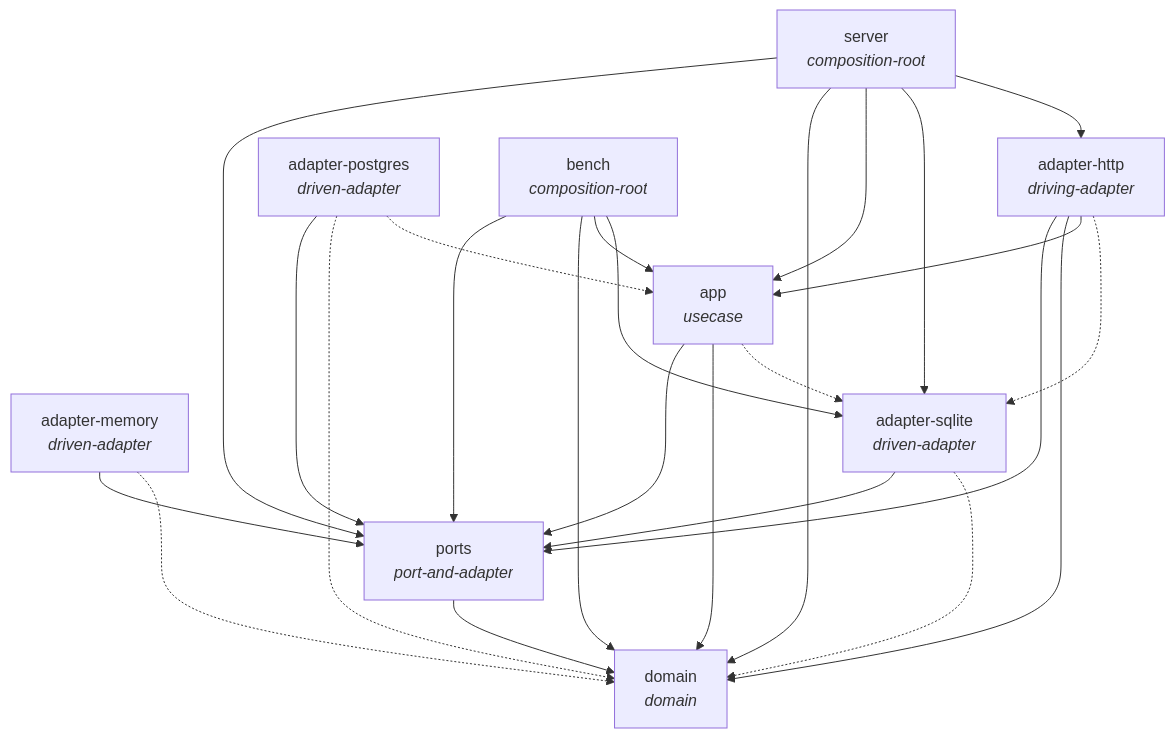
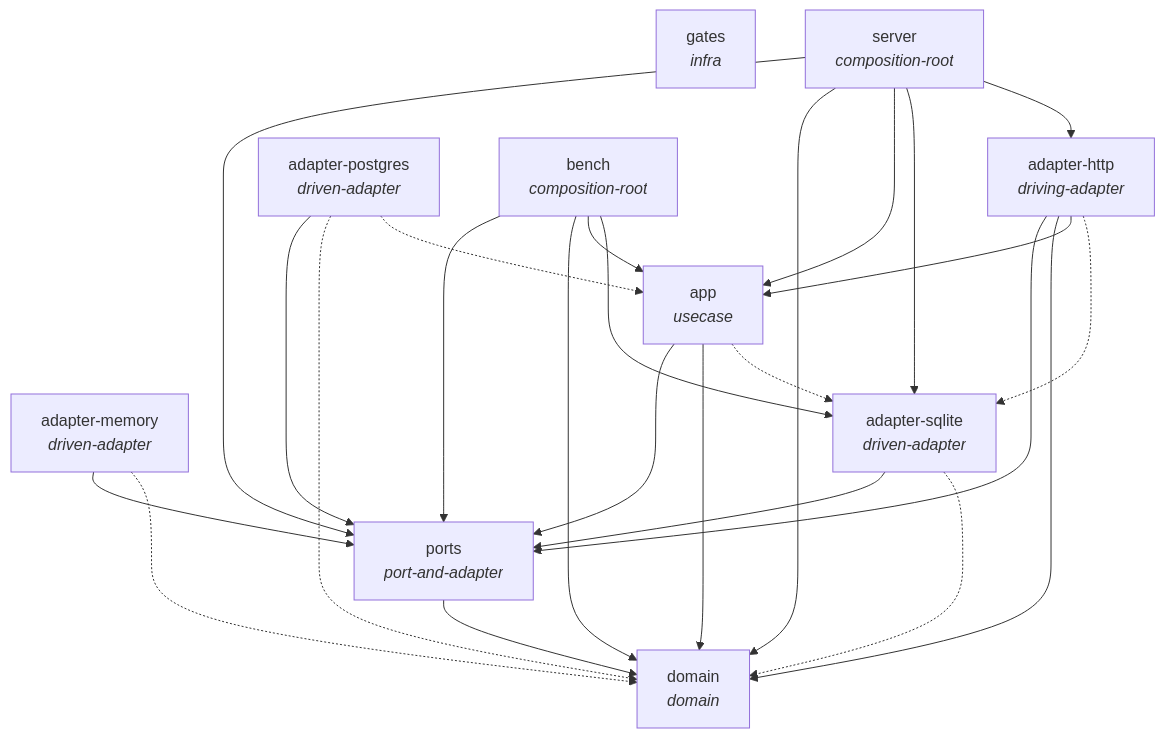
The diagram in docs/views/crates.md (igouss/rust-service-architecture), drawn with Mermaid before and after one commit. The commit also changed 11 other files, not shown here.

````diff
--- a/docs/views/crates.md
+++ b/docs/views/crates.md
@@ -6,36 +6,37 @@
 ```mermaid
 graph TD
     adapter_http["adapter-http<br/><i>driving-adapter</i>"]
     adapter_memory["adapter-memory<br/><i>driven-adapter</i>"]
     adapter_postgres["adapter-postgres<br/><i>driven-adapter</i>"]
     adapter_sqlite["adapter-sqlite<br/><i>driven-adapter</i>"]
     app["app<br/><i>usecase</i>"]
     bench["bench<br/><i>composition-root</i>"]
     domain["domain<br/><i>domain</i>"]
+    gates["gates<br/><i>infra</i>"]
     ports["ports<br/><i>port-and-adapter</i>"]
     server["server<br/><i>composition-root</i>"]
     adapter_http -.-> adapter_sqlite
     adapter_http --> app
     adapter_http --> domain
     adapter_http --> ports
     adapter_memory -.-> domain
     adapter_memory --> ports
     adapter_postgres -.-> app
     adapter_postgres -.-> domain
     adapter_postgres --> ports
     adapter_sqlite -.-> domain
     adapter_sqlite --> ports
     app -.-> adapter_sqlite
     app --> domain
     app --> ports
     bench --> adapter_sqlite
     bench --> app
     bench --> domain
     bench --> ports
     ports --> domain
     server --> adapter_http
     server --> adapter_sqlite
     server --> app
     server --> domain
     server --> ports
 ```
````
